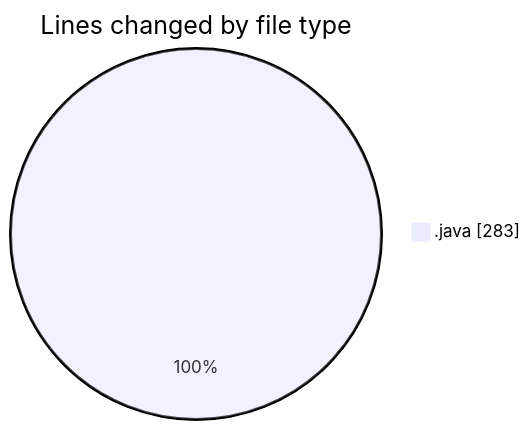
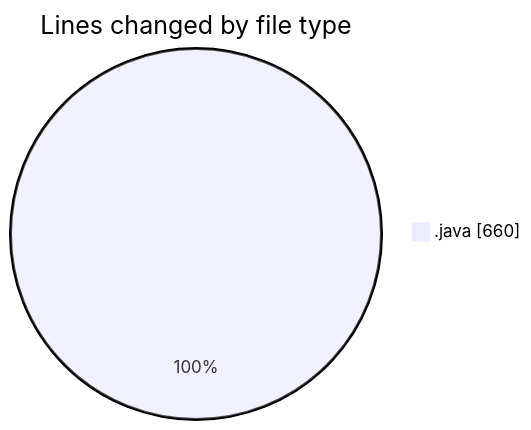
Before and after one commit to NitaiMahat/code-tracking: the first of 2 diagrams in 2025-03-30/startfiles/README.md, drawn with Mermaid. The commit also changed other lines of this file and 1 other file, not shown here.

````diff
--- a/2025-03-30/startfiles/README.md
+++ b/2025-03-30/startfiles/README.md
@@ -20,5 +23,5 @@
 ```mermaid
 pie showData
 title Lines changed by file type
-".java" : 283
+".java" : 660
 ```
````
